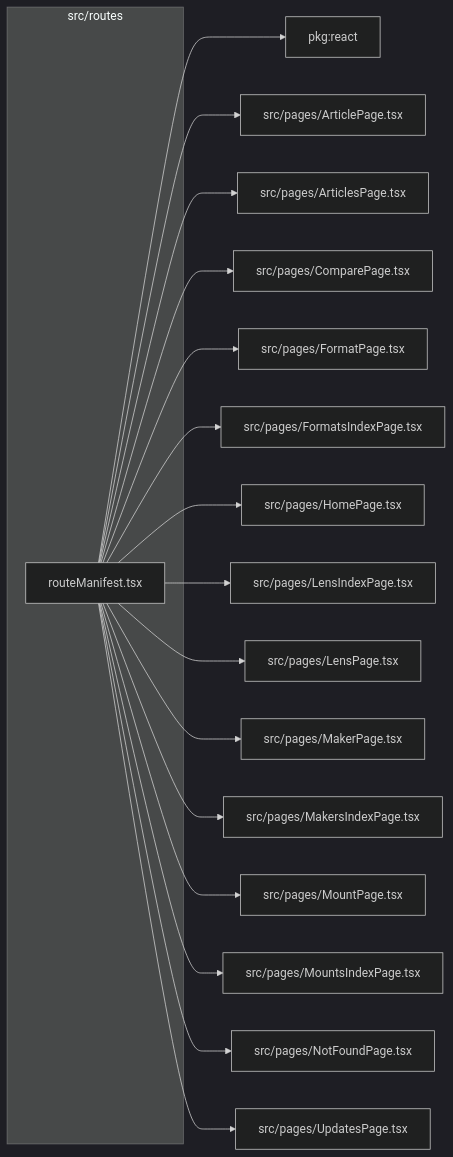
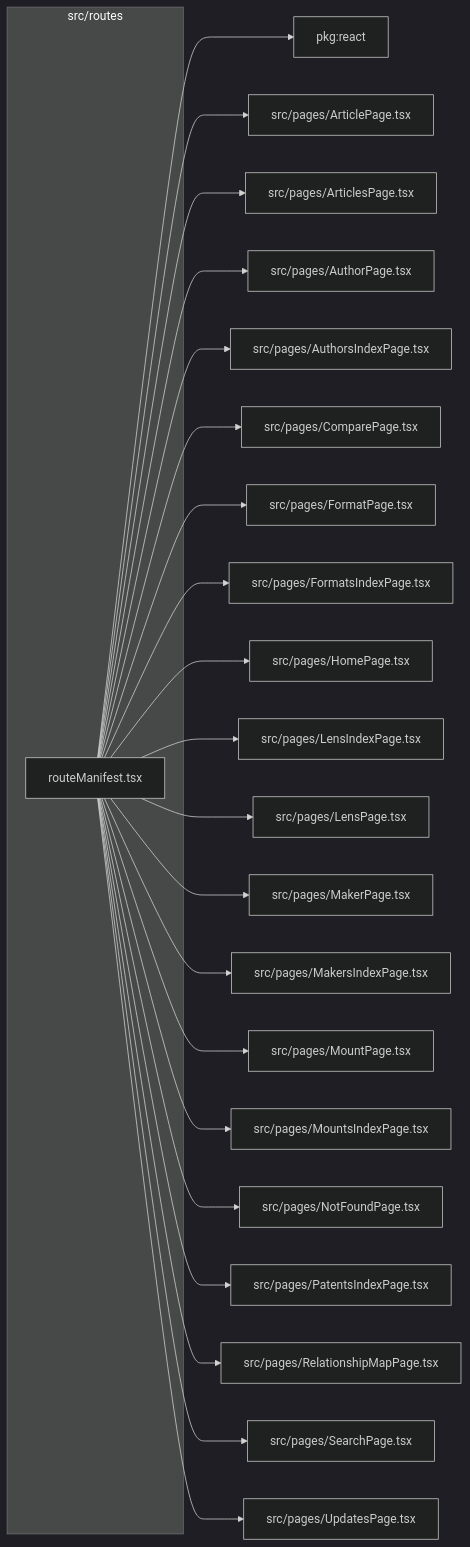
The diagram in src/routes/readme.md (ronbuening/LensVisualizer), drawn with Mermaid (dark theme) before and after one commit. The commit also changed other lines of this file and 38 other files, not shown here.

````diff
--- a/src/routes/readme.md
+++ b/src/routes/readme.md
@@ -9,36 +9,46 @@
 ```mermaid
 flowchart LR
   subgraph n_src_routes["src/routes"]
     n_src_routes_src_routes_routeManifest_tsx["routeManifest.tsx"]
   end
   n_external_pkg_react["pkg:react"]
   n_external_src_pages_ArticlePage_tsx["src/pages/ArticlePage.tsx"]
   n_external_src_pages_ArticlesPage_tsx["src/pages/ArticlesPage.tsx"]
+  n_external_src_pages_AuthorPage_tsx["src/pages/AuthorPage.tsx"]
+  n_external_src_pages_AuthorsIndexPage_tsx["src/pages/AuthorsIndexPage.tsx"]
   n_external_src_pages_ComparePage_tsx["src/pages/ComparePage.tsx"]
   n_external_src_pages_FormatPage_tsx["src/pages/FormatPage.tsx"]
   n_external_src_pages_FormatsIndexPage_tsx["src/pages/FormatsIndexPage.tsx"]
   n_external_src_pages_HomePage_tsx["src/pages/HomePage.tsx"]
   n_external_src_pages_LensIndexPage_tsx["src/pages/LensIndexPage.tsx"]
   n_external_src_pages_LensPage_tsx["src/pages/LensPage.tsx"]
   n_external_src_pages_MakerPage_tsx["src/pages/MakerPage.tsx"]
   n_external_src_pages_MakersIndexPage_tsx["src/pages/MakersIndexPage.tsx"]
   n_external_src_pages_MountPage_tsx["src/pages/MountPage.tsx"]
   n_external_src_pages_MountsIndexPage_tsx["src/pages/MountsIndexPage.tsx"]
   n_external_src_pages_NotFoundPage_tsx["src/pages/NotFoundPage.tsx"]
+  n_external_src_pages_PatentsIndexPage_tsx["src/pages/PatentsIndexPage.tsx"]
+  n_external_src_pages_RelationshipMapPage_tsx["src/pages/RelationshipMapPage.tsx"]
+  n_external_src_pages_SearchPage_tsx["src/pages/SearchPage.tsx"]
   n_external_src_pages_UpdatesPage_tsx["src/pages/UpdatesPage.tsx"]
   n_src_routes_src_routes_routeManifest_tsx --> n_external_pkg_react
   n_src_routes_src_routes_routeManifest_tsx --> n_external_src_pages_ArticlePage_tsx
   n_src_routes_src_routes_routeManifest_tsx --> n_external_src_pages_ArticlesPage_tsx
+  n_src_routes_src_routes_routeManifest_tsx --> n_external_src_pages_AuthorPage_tsx
+  n_src_routes_src_routes_routeManifest_tsx --> n_external_src_pages_AuthorsIndexPage_tsx
   n_src_routes_src_routes_routeManifest_tsx --> n_external_src_pages_ComparePage_tsx
   n_src_routes_src_routes_routeManifest_tsx --> n_external_src_pages_FormatPage_tsx
   n_src_routes_src_routes_routeManifest_tsx --> n_external_src_pages_FormatsIndexPage_tsx
   n_src_routes_src_routes_routeManifest_tsx --> n_external_src_pages_HomePage_tsx
   n_src_routes_src_routes_routeManifest_tsx --> n_external_src_pages_LensIndexPage_tsx
   n_src_routes_src_routes_routeManifest_tsx --> n_external_src_pages_LensPage_tsx
   n_src_routes_src_routes_routeManifest_tsx --> n_external_src_pages_MakerPage_tsx
   n_src_routes_src_routes_routeManifest_tsx --> n_external_src_pages_MakersIndexPage_tsx
   n_src_routes_src_routes_routeManifest_tsx --> n_external_src_pages_MountPage_tsx
   n_src_routes_src_routes_routeManifest_tsx --> n_external_src_pages_MountsIndexPage_tsx
   n_src_routes_src_routes_routeManifest_tsx --> n_external_src_pages_NotFoundPage_tsx
+  n_src_routes_src_routes_routeManifest_tsx --> n_external_src_pages_PatentsIndexPage_tsx
+  n_src_routes_src_routes_routeManifest_tsx --> n_external_src_pages_RelationshipMapPage_tsx
+  n_src_routes_src_routes_routeManifest_tsx --> n_external_src_pages_SearchPage_tsx
   n_src_routes_src_routes_routeManifest_tsx --> n_external_src_pages_UpdatesPage_tsx
 ```
````
